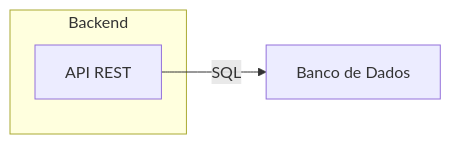
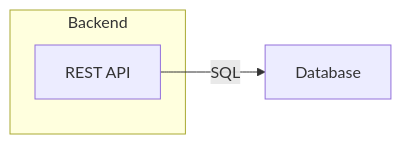
One commit to leofdss/stem-loft changed the second of 2 diagrams in .claude/skills/canvas-to-mermaid/SKILL.md. Above: the diagram before and after it, drawn with Mermaid. The commit also changed other lines of this file and 26 other files, not shown here.

````diff
--- a/.claude/skills/canvas-to-mermaid/SKILL.md
+++ b/.claude/skills/canvas-to-mermaid/SKILL.md
@@ -274,9 +292,9 @@
 ```mermaid
 flowchart LR
     subgraph BACKEND["Backend"]
-        API_REST["API REST"]
+        REST_API["REST API"]
     end
-    BANCO_DADOS["Banco de Dados"]
+    DATABASE["Database"]
 
-    API_REST -- "SQL" --> BANCO_DADOS
+    REST_API -- "SQL" --> DATABASE
 ```
````
